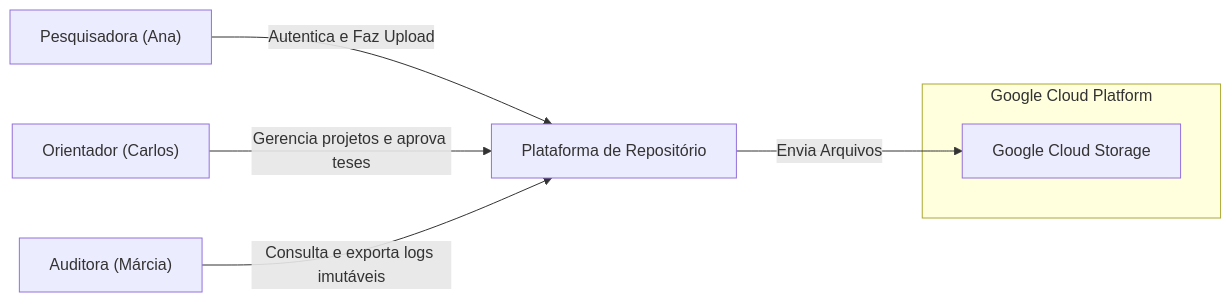
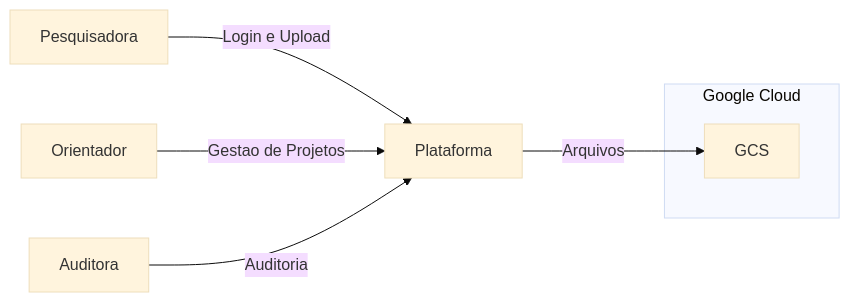
Before and after one commit to pedrohpsantos/EdTech: the first of 2 diagrams in docs/arquitetura/c4_model.md, drawn with Mermaid. The commit also changed other lines of this file and 8 other files, not shown here.

Commit message:
refactor: update development flow to include intermediate develop branch before main

````diff
--- a/docs/arquitetura/c4_model.md
+++ b/docs/arquitetura/c4_model.md
@@ -9,18 +9,18 @@
 ```mermaid
+%%{init: {"theme": "base", "flowchart": {"nodeSpacing": 60, "rankSpacing": 80, "curve": "basis"}}}%%
 flowchart LR
-    %%{init: {"flowchart": {"nodeSpacing": 60, "rankSpacing": 80}}}%%
-    Pesq["Pesquisadora (Ana)"]
-    Ori["Orientador (Carlos)"]
-    Aud["Auditora (Márcia)"]
+    Pesq["Pesquisadora"]
+    Ori["Orientador"]
+    Aud["Auditora"]
 
-    EdTech["Plataforma de Repositório"]
+    EdTech["Plataforma"]
 
-    subgraph GCP["Google Cloud Platform"]
-        GCS["Google Cloud Storage"]
+    subgraph GCP["Google Cloud"]
+        GCS["GCS"]
     end
 
-    Pesq -->|Autentica e Faz Upload| EdTech
-    Ori -->|Gerencia projetos e aprova teses| EdTech
-    Aud -->|Consulta e exporta logs imutáveis| EdTech
-    EdTech -->|Envia Arquivos| GCS
+    Pesq -->|Login e Upload| EdTech
+    Ori -->|Gestao de Projetos| EdTech
+    Aud -->|Auditoria| EdTech
+    EdTech -->|Arquivos| GCS
 ```
````
